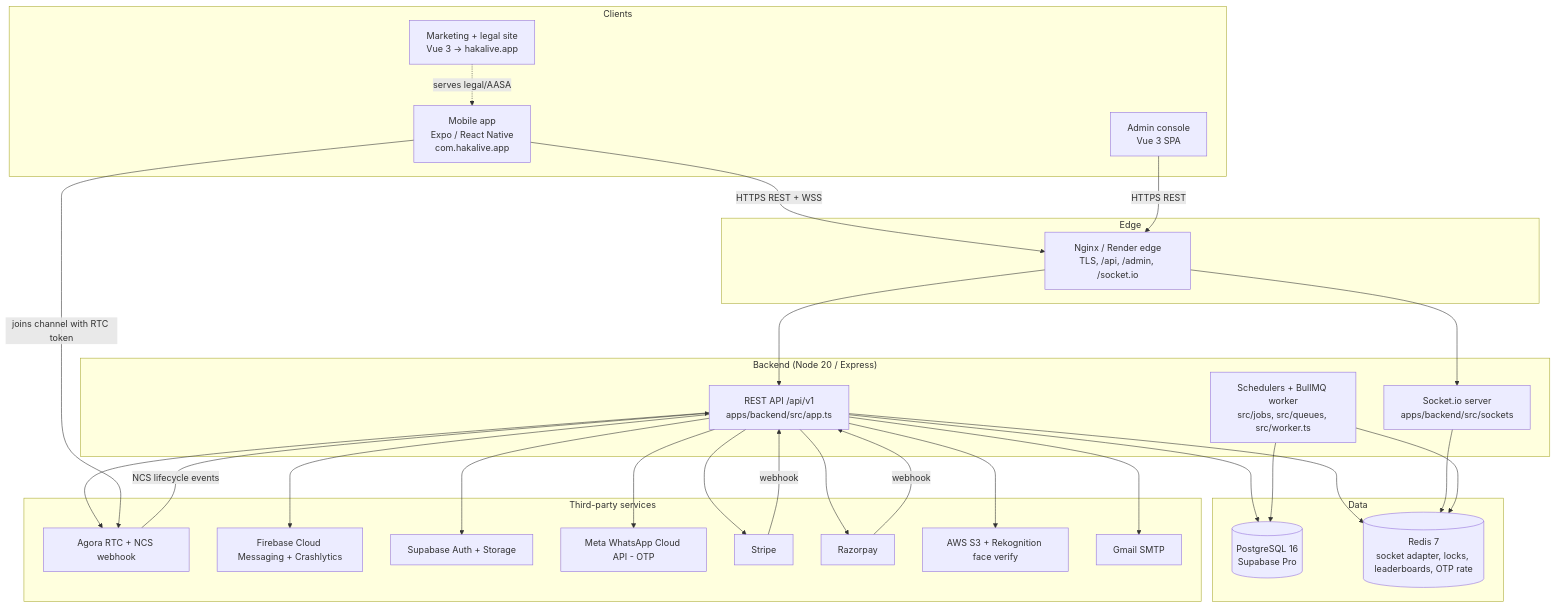
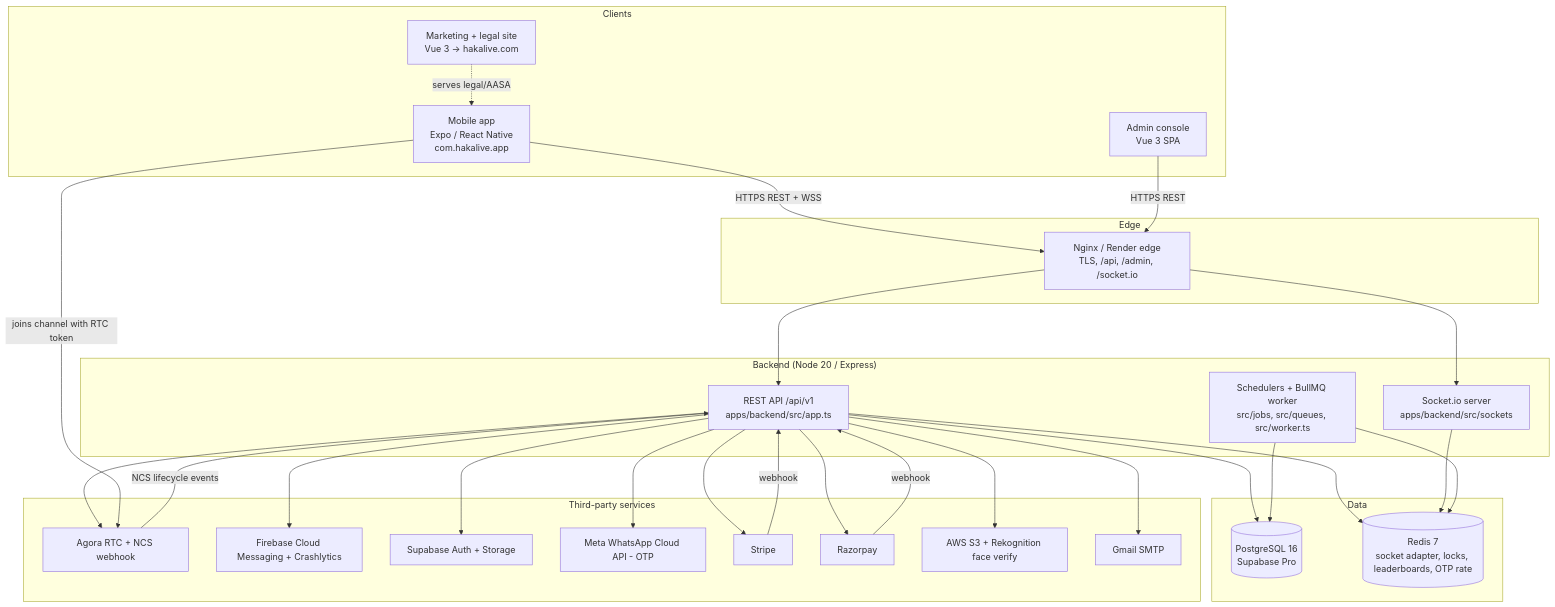
The diagram in docs/handover/architecture.md (hakalive-dev/haka-live-v1), drawn with Mermaid before and after one commit. The commit also changed 24 other files, not shown here.

First line of the commit message:
Invite links: real-time accept notify, web fallback, App Links via www.hakalive.com

````diff
--- a/docs/handover/architecture.md
+++ b/docs/handover/architecture.md
@@ -7,57 +7,57 @@
 ```mermaid
 flowchart TB
   subgraph Clients
     MOB[Mobile app<br/>Expo / React Native<br/>com.hakalive.app]
     ADM[Admin console<br/>Vue 3 SPA]
-    WEB[Marketing + legal site<br/>Vue 3 -> hakalive.app]
+    WEB[Marketing + legal site<br/>Vue 3 -> hakalive.com]
   end
 
   subgraph Edge
     NGINX[Nginx / Render edge<br/>TLS, /api, /admin, /socket.io]
   end
 
   subgraph Backend["Backend (Node 20 / Express)"]
     API[REST API /api/v1<br/>apps/backend/src/app.ts]
     SOCK[Socket.io server<br/>apps/backend/src/sockets]
     WORKER[Schedulers + BullMQ worker<br/>src/jobs, src/queues, src/worker.ts]
   end
 
   subgraph Data
     PG[(PostgreSQL 16<br/>Supabase Pro)]
     REDIS[(Redis 7<br/>socket adapter, locks, leaderboards, OTP rate)]
   end
 
   subgraph ThirdParty["Third-party services"]
     AGORA[Agora RTC + NCS webhook]
     FCM[Firebase Cloud Messaging + Crashlytics]
     SUPA[Supabase Auth + Storage]
     WA[Meta WhatsApp Cloud API - OTP]
     STRIPE[Stripe]
     RZP[Razorpay]
     AWS[AWS S3 + Rekognition face verify]
     SMTP[Gmail SMTP]
   end
 
   MOB -->|HTTPS REST + WSS| NGINX
   ADM -->|HTTPS REST| NGINX
   WEB -.serves legal/AASA.-> MOB
   NGINX --> API
   NGINX --> SOCK
   API --> PG
   API --> REDIS
   SOCK --> REDIS
   WORKER --> PG
   WORKER --> REDIS
   API --> AGORA
   API --> FCM
   API --> SUPA
   API --> WA
   API --> STRIPE
   API --> RZP
   API --> AWS
   API --> SMTP
   MOB -->|joins channel with RTC token| AGORA
   AGORA -->|NCS lifecycle events| API
   STRIPE -->|webhook| API
   RZP -->|webhook| API
 ```
````
